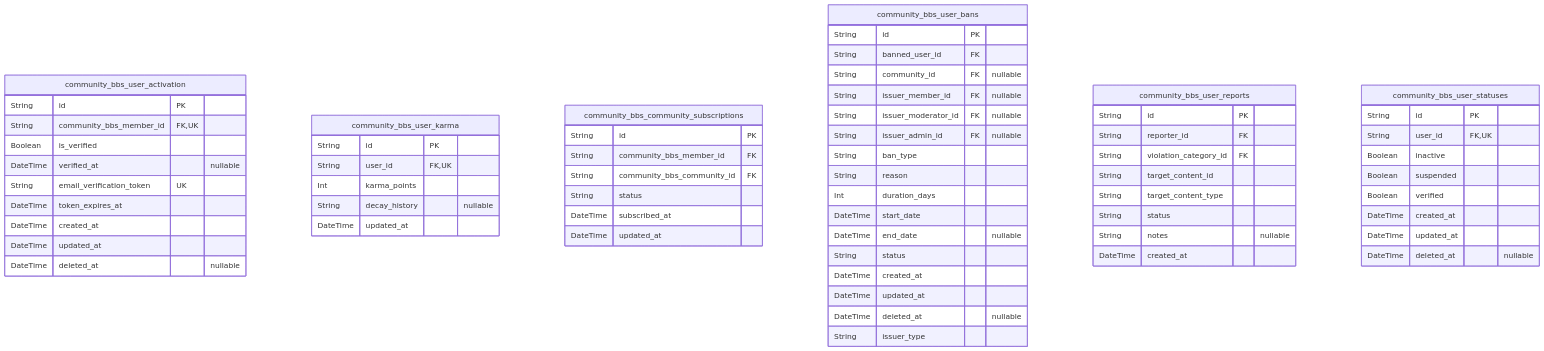
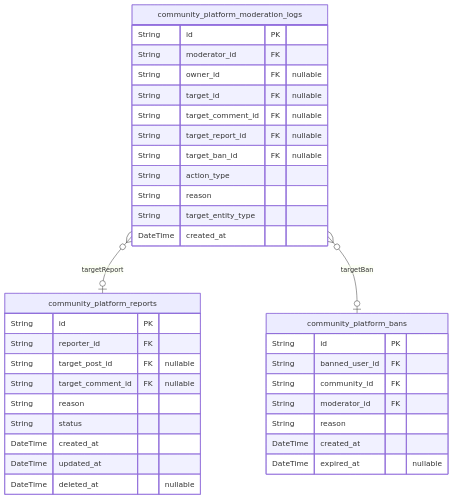
The fifth of 5 diagrams in qwen/qwen3-next-80b-a3b-instruct/reddit/docs/ERD.md (wrtnlabs/autobe-examples), drawn with Mermaid before and after one commit. The commit also changed other lines of this file and 9391 other files, not shown here.

````diff
--- a/qwen/qwen3-next-80b-a3b-instruct/reddit/docs/ERD.md
+++ b/qwen/qwen3-next-80b-a3b-instruct/reddit/docs/ERD.md
@@ -2641,67 +1438,38 @@
 ```mermaid
 erDiagram
-"community_bbs_user_activation" {
+"community_platform_bans" {
   String id PK
-  String community_bbs_member_id FK,UK
-  Boolean is_verified
-  DateTime verified_at "nullable"
-  String email_verification_token UK
-  DateTime token_expires_at
+  String banned_user_id FK
+  String community_id FK
+  String moderator_id FK
+  String reason
+  DateTime created_at
+  DateTime expired_at "nullable"
+}
+"community_platform_moderation_logs" {
+  String id PK
+  String moderator_id FK
+  String owner_id FK "nullable"
+  String target_id FK "nullable"
+  String target_comment_id FK "nullable"
+  String target_report_id FK "nullable"
+  String target_ban_id FK "nullable"
+  String action_type
+  String reason
+  String target_entity_type
+  DateTime created_at
+}
+"community_platform_reports" {
+  String id PK
+  String reporter_id FK
+  String target_post_id FK "nullable"
+  String target_comment_id FK "nullable"
+  String reason
+  String status
   DateTime created_at
   DateTime updated_at
   DateTime deleted_at "nullable"
 }
-"community_bbs_user_karma" {
-  String id PK
-  String user_id FK,UK
-  Int karma_points
-  String decay_history "nullable"
-  DateTime updated_at
-}
-"community_bbs_community_subscriptions" {
-  String id PK
-  String community_bbs_member_id FK
-  String community_bbs_community_id FK
-  String status
-  DateTime subscribed_at
-  DateTime updated_at
-}
-"community_bbs_user_bans" {
-  String id PK
-  String banned_user_id FK
-  String community_id FK "nullable"
-  String issuer_member_id FK "nullable"
-  String issuer_moderator_id FK "nullable"
-  String issuer_admin_id FK "nullable"
-  String ban_type
-  String reason
-  Int duration_days
-  DateTime start_date
-  DateTime end_date "nullable"
-  String status
-  DateTime created_at
-  DateTime updated_at
-  DateTime deleted_at "nullable"
-  String issuer_type
-}
-"community_bbs_user_reports" {
-  String id PK
-  String reporter_id FK
-  String violation_category_id FK
-  String target_content_id
-  String target_content_type
-  String status
-  String notes "nullable"
-  DateTime created_at
-}
-"community_bbs_user_statuses" {
-  String id PK
-  String user_id FK,UK
-  Boolean inactive
-  Boolean suspended
-  Boolean verified
-  DateTime created_at
-  DateTime updated_at
-  DateTime deleted_at "nullable"
-}
+"community_platform_moderation_logs" }o--o| "community_platform_reports" : targetReport
+"community_platform_moderation_logs" }o--o| "community_platform_bans" : targetBan
 ```
````
